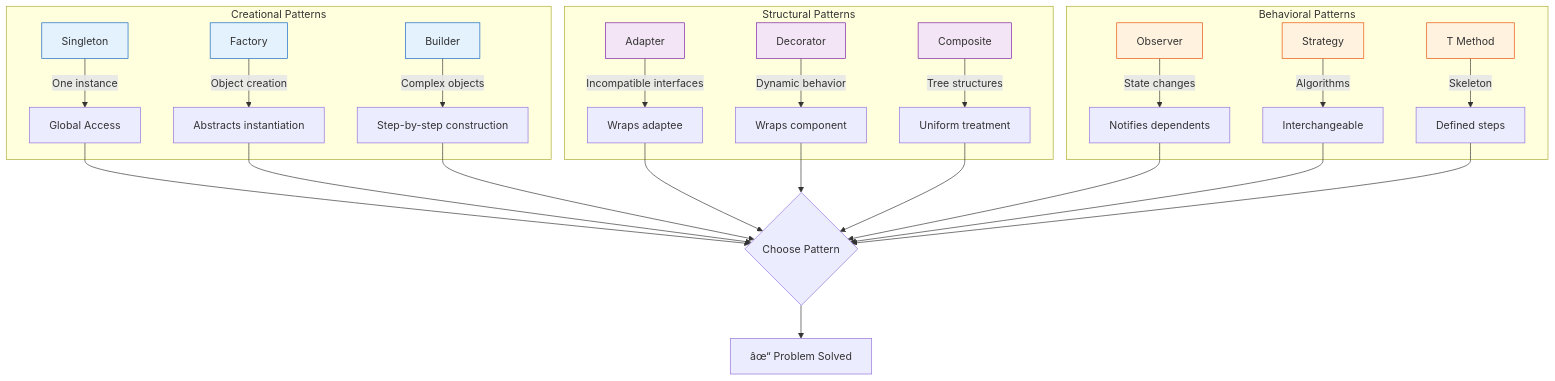
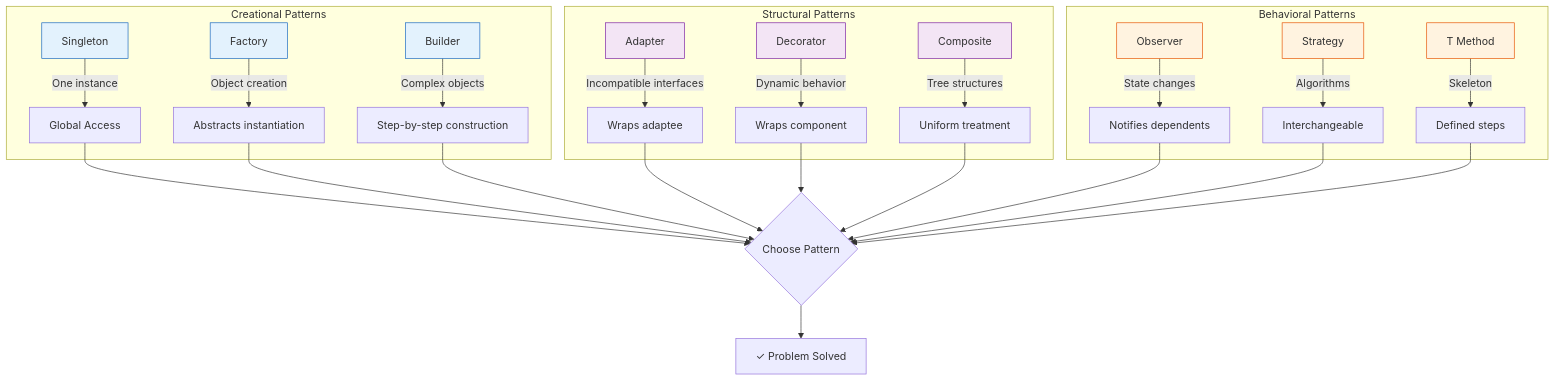
One commit to Raushan666java/ai-engineering-journey changed the second of 3 diagrams in docs/courses/software-engineering/05-design-implementation.md. Above: the diagram before and after it, drawn with Mermaid. The commit also changed other lines of this file and 965 other files, not shown here.

````diff
--- a/docs/courses/software-engineering/05-design-implementation.md
+++ b/docs/courses/software-engineering/05-design-implementation.md
@@ -617,36 +617,36 @@
 ```mermaid
 graph TD
     classDef creational fill:#e3f2fd,stroke:#1565c0
     classDef structural fill:#f3e5f5,stroke:#7b1fa2
     classDef behavioral fill:#fff3e0,stroke:#e65100
 
     subgraph "Creational Patterns"
         SING[Singleton]:::creational -->|One instance| GLOBAL[Global Access]
         FACT[Factory]:::creational -->|Object creation| ABSTRACT[Abstracts instantiation]
         BUILD[Builder]:::creational -->|Complex objects| STEPWISE[Step-by-step construction]
     end
 
     subgraph "Structural Patterns"
         ADAPT[Adapter]:::structural -->|Incompatible interfaces| WRAP[Wraps adaptee]
         DECOR[Decorator]:::structural -->|Dynamic behavior| WRAP2[Wraps component]
         COMP[Composite]:::structural -->|Tree structures| UNIFORM[Uniform treatment]
     end
 
     subgraph "Behavioral Patterns"
         OBS[Observer]:::behavioral -->|State changes| NOTIFY[Notifies dependents]
         STRAT[Strategy]:::behavioral -->|Algorithms| INTERCHANGE[Interchangeable]
         TEMPL[T Method]:::behavioral -->|Skeleton| STEPS[Defined steps]
     end
 
     GLOBAL --> CHOOSE{Choose Pattern}
     ABSTRACT --> CHOOSE
     STEPWISE --> CHOOSE
     WRAP --> CHOOSE
     WRAP2 --> CHOOSE
     UNIFORM --> CHOOSE
     NOTIFY --> CHOOSE
     INTERCHANGE --> CHOOSE
     STEPS --> CHOOSE
 
-    CHOOSE --> RESULT[âœ“ Problem Solved]
+    CHOOSE --> RESULT[✓ Problem Solved]
 ```
````
